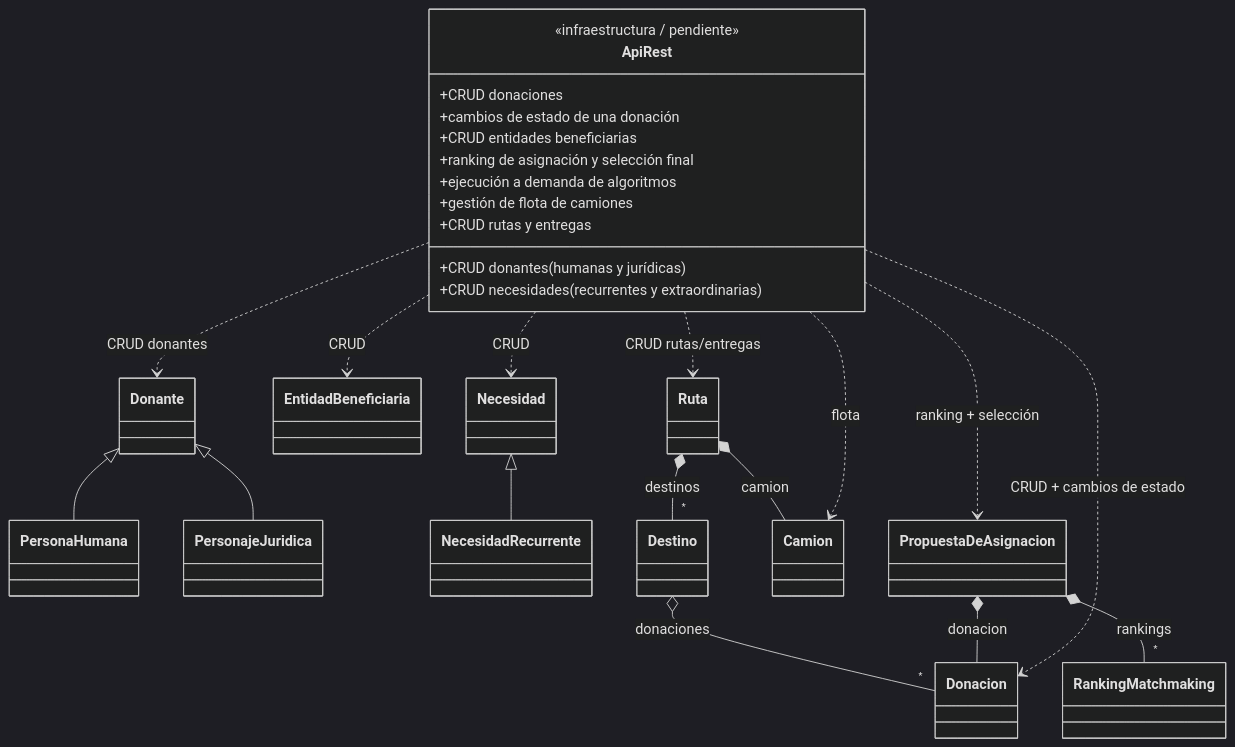
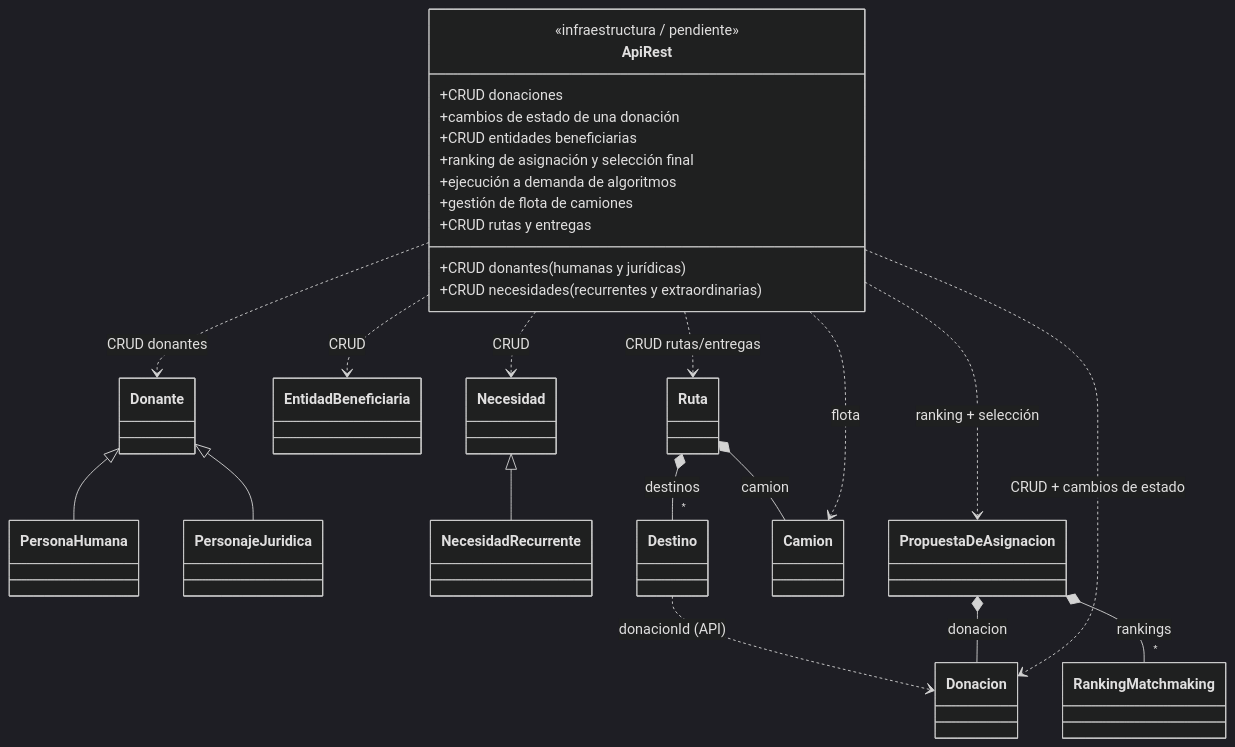
One commit to eonishi/tp-dds-2026-donatrack changed the diagram in docs/diagramas-por-requerimiento/e2-req4-api-rest.mermaid. Above: the diagram before and after it, drawn with Mermaid (dark theme). The commit also changed 11 other files, not shown here.

```diff
--- a/docs/diagramas-por-requerimiento/e2-req4-api-rest.mermaid
+++ b/docs/diagramas-por-requerimiento/e2-req4-api-rest.mermaid
@@ -1,52 +1,52 @@
 %% ============================================================================
 %% ENTREGA 2 — Requerimiento 4
 %% "El sistema debe permitir la realización de operaciones a través de los
 %%  endpoints solicitados, mediante el desarrollo de una API REST."
 %% Muestra los agregados del dominio que la API expone. La capa de
 %% controladores REST aún no está implementada en el código (dominio puro).
 %% Fragmento mínimo del dominio involucrado.
 %% ============================================================================
 classDiagram
     direction TB
 
     class ApiRest {
         <<infraestructura / pendiente>>
         +CRUD donaciones
         +CRUD donantes (humanas y jurídicas)
         +cambios de estado de una donación
         +CRUD entidades beneficiarias
         +CRUD necesidades (recurrentes y extraordinarias)
         +ranking de asignación y selección final
         +ejecución a demanda de algoritmos
         +gestión de flota de camiones
         +CRUD rutas y entregas
     }
     class Donante
     class PersonaHumana
     class PersonajeJuridica
     class Donacion
     class EntidadBeneficiaria
     class Necesidad
     class NecesidadRecurrente
     class RankingMatchmaking
     class PropuestaDeAsignacion
     class Camion
     class Ruta
     class Destino
 
     Donante <|-- PersonaHumana
     Donante <|-- PersonajeJuridica
     Necesidad <|-- NecesidadRecurrente
     Ruta *-- Camion : camion
     Ruta *-- "*" Destino : destinos
-    Destino o-- "*" Donacion : donaciones
+    Destino ..> Donacion : donacionId (API)
     PropuestaDeAsignacion *-- Donacion : donacion
     PropuestaDeAsignacion *-- "*" RankingMatchmaking : rankings
 
     ApiRest ..> Donante : CRUD donantes
     ApiRest ..> Donacion : CRUD + cambios de estado
     ApiRest ..> EntidadBeneficiaria : CRUD
     ApiRest ..> Necesidad : CRUD
     ApiRest ..> PropuestaDeAsignacion : ranking + selección
     ApiRest ..> Camion : flota
     ApiRest ..> Ruta : CRUD rutas/entregas
```
